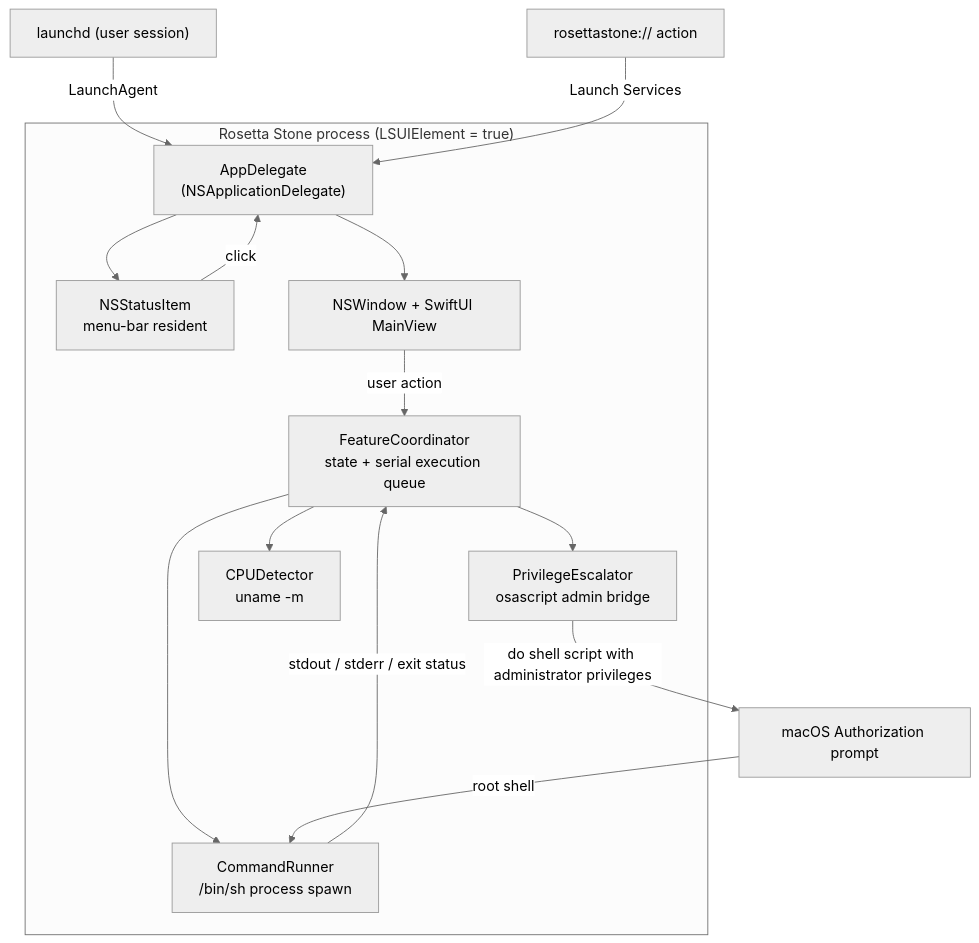
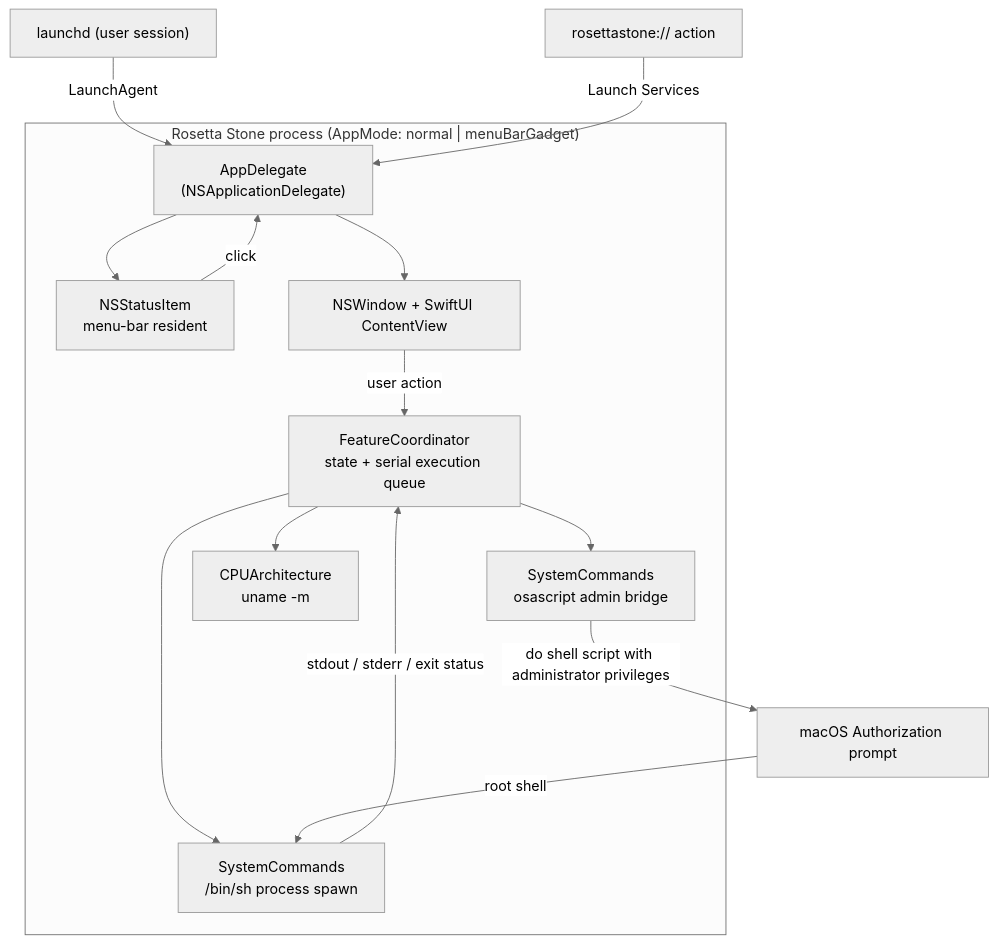
One commit to pppoipoit/Rosetta_Stone changed the first of 7 diagrams in docs/ARCHITECTURE.md. Above: the diagram before and after it, drawn with Mermaid (neutral theme). The commit also changed other lines of this file and 24 other files, not shown here.

First line of the commit message:
feat: implement true dual-mode behavior + Sequoia Gatekeeper 2-step

````diff
--- a/docs/ARCHITECTURE.md
+++ b/docs/ARCHITECTURE.md
@@ -46,26 +65,26 @@
 ```mermaid
 graph TB
-    subgraph Process["Rosetta Stone process (LSUIElement = true)"]
+    subgraph Process["Rosetta Stone process (AppMode: normal | menuBarGadget)"]
         App["AppDelegate<br/>(NSApplicationDelegate)"]
         Status["NSStatusItem<br/>menu-bar resident"]
-        Win["NSWindow + SwiftUI MainView"]
+        Win["NSWindow + SwiftUI ContentView"]
         Coord["FeatureCoordinator<br/>state + serial execution queue"]
-        Priv["PrivilegeEscalator<br/>osascript admin bridge"]
-        Runner["CommandRunner<br/>/bin/sh process spawn"]
-        CPU["CPUDetector<br/>uname -m"]
+        Priv["SystemCommands<br/>osascript admin bridge"]
+        Runner["SystemCommands<br/>/bin/sh process spawn"]
+        CPU["CPUArchitecture<br/>uname -m"]
 
         App --> Status
         App --> Win
         Status -->|click| App
         Win -->|user action| Coord
         Coord --> Priv
         Coord --> Runner
         Coord --> CPU
     end
 
     Login["launchd (user session)"] -->|LaunchAgent| App
     URL["rosettastone:// action"] -->|Launch Services| App
     Priv -->|do shell script with administrator privileges| Auth["macOS Authorization prompt"]
     Auth -->|root shell| Runner
     Runner -->|stdout / stderr / exit status| Coord
 ```
````
